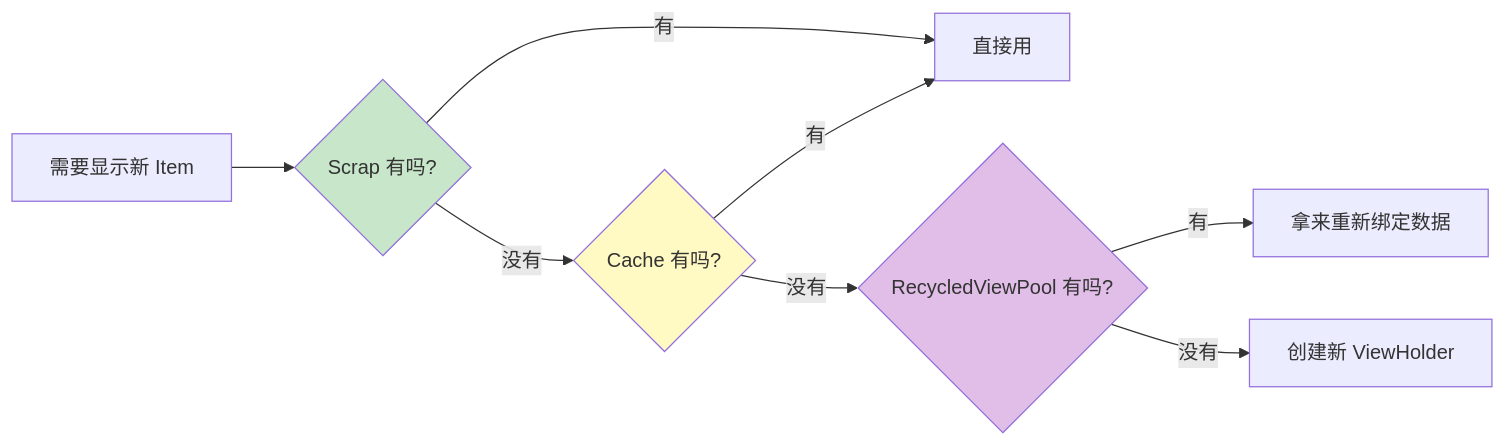
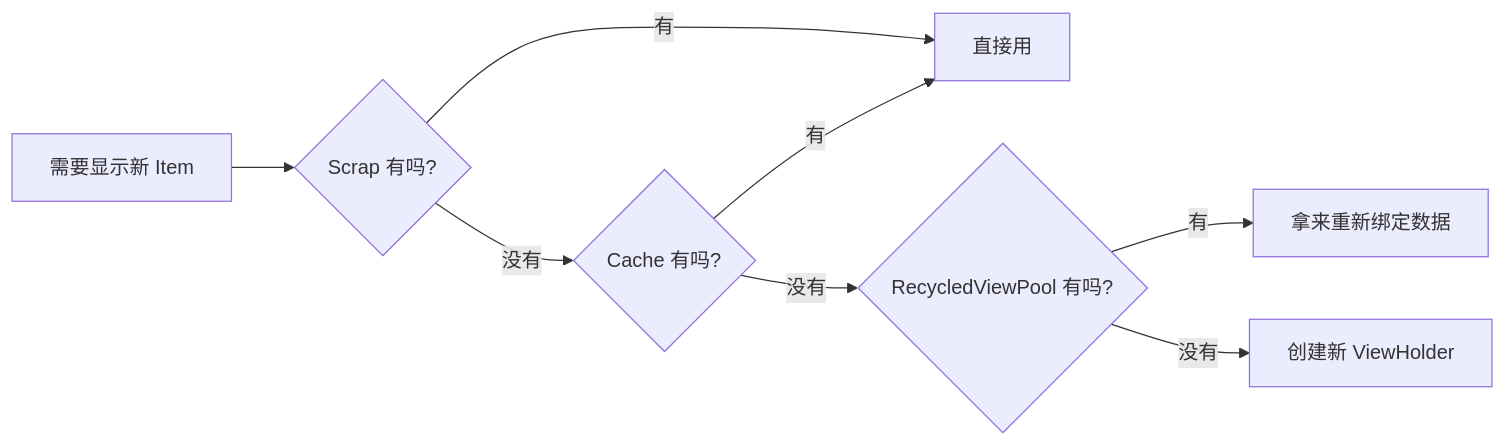
Before and after one commit to jiaxiangdong0309/StudyDocument: the second of 2 diagrams in Android/04_RecyclerView/1-基础篇.md, drawn with Mermaid. The commit also changed 67 other files, not shown here.

````diff
--- a/Android/04_RecyclerView/1-基础篇.md
+++ b/Android/04_RecyclerView/1-基础篇.md
@@ -157,14 +157,11 @@
 ```mermaid
 graph LR
     A[需要显示新 Item] --> B{Scrap 有吗?}
     B -->|有| C[直接用]
     B -->|没有| D{Cache 有吗?}
     D -->|有| C
     D -->|没有| E{RecycledViewPool 有吗?}
     E -->|有| F[拿来重新绑定数据]
     E -->|没有| G[创建新 ViewHolder]
 
-    style B fill:#c8e6c9
-    style D fill:#fff9c4
-    style E fill:#e1bee7
 ```
````
